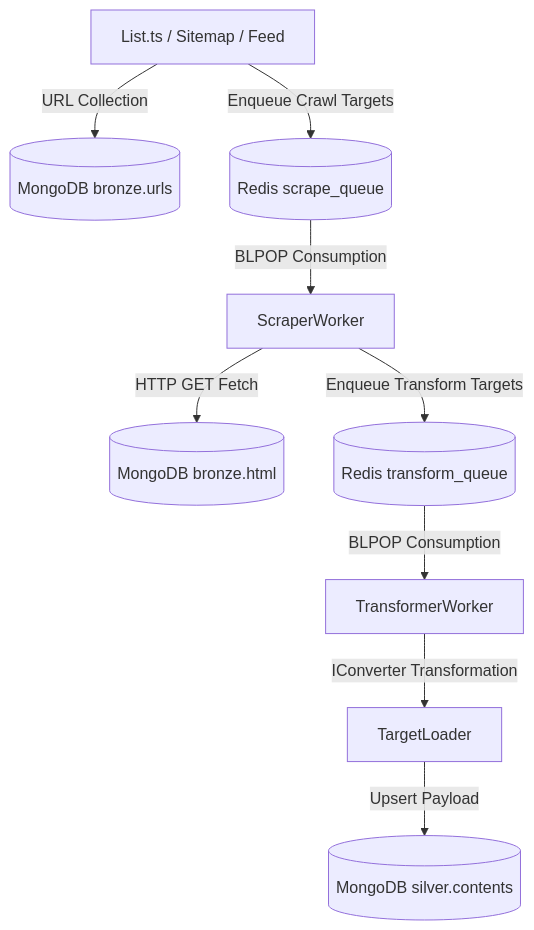
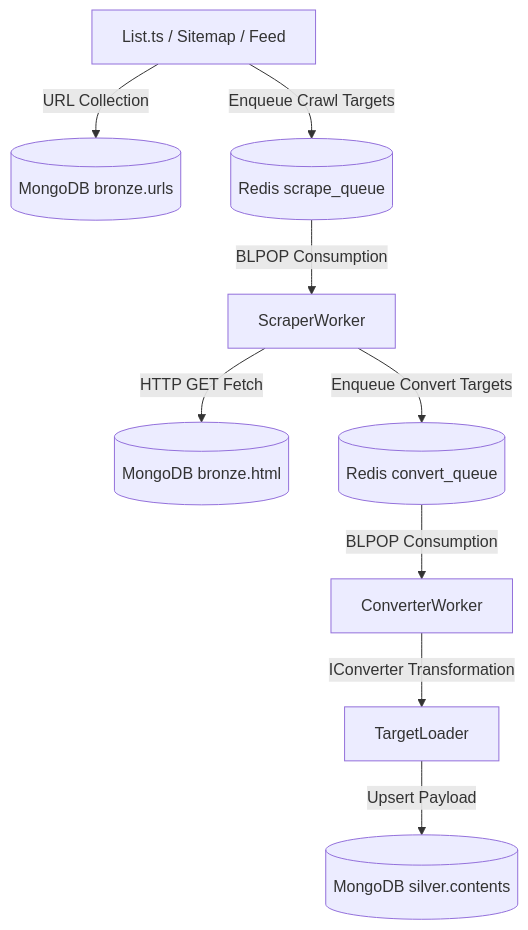
The diagram in .agents/skills/DevelopSitesSkills.md (ejpark78/scraper), drawn with Mermaid before and after one commit. The commit also changed other lines of this file and 39 other files, not shown here.

````diff
--- a/.agents/skills/DevelopSitesSkills.md
+++ b/.agents/skills/DevelopSitesSkills.md
@@ -11,11 +11,11 @@
 ```mermaid
 graph TD
     A[List.ts / Sitemap / Feed] -->|URL Collection| B[(MongoDB bronze.urls)]
     A -->|Enqueue Crawl Targets| C[(Redis scrape_queue)]
     C -->|BLPOP Consumption| D[ScraperWorker]
     D -->|HTTP GET Fetch| E[(MongoDB bronze.html)]
-    D -->|Enqueue Transform Targets| F[(Redis transform_queue)]
-    F -->|BLPOP Consumption| G[TransformerWorker]
+    D -->|Enqueue Convert Targets| F[(Redis convert_queue)]
+    F -->|BLPOP Consumption| G[ConverterWorker]
     G -->|IConverter Transformation| H[TargetLoader]
     H -->|Upsert Payload| I[(MongoDB silver.contents)]
 ```
````
